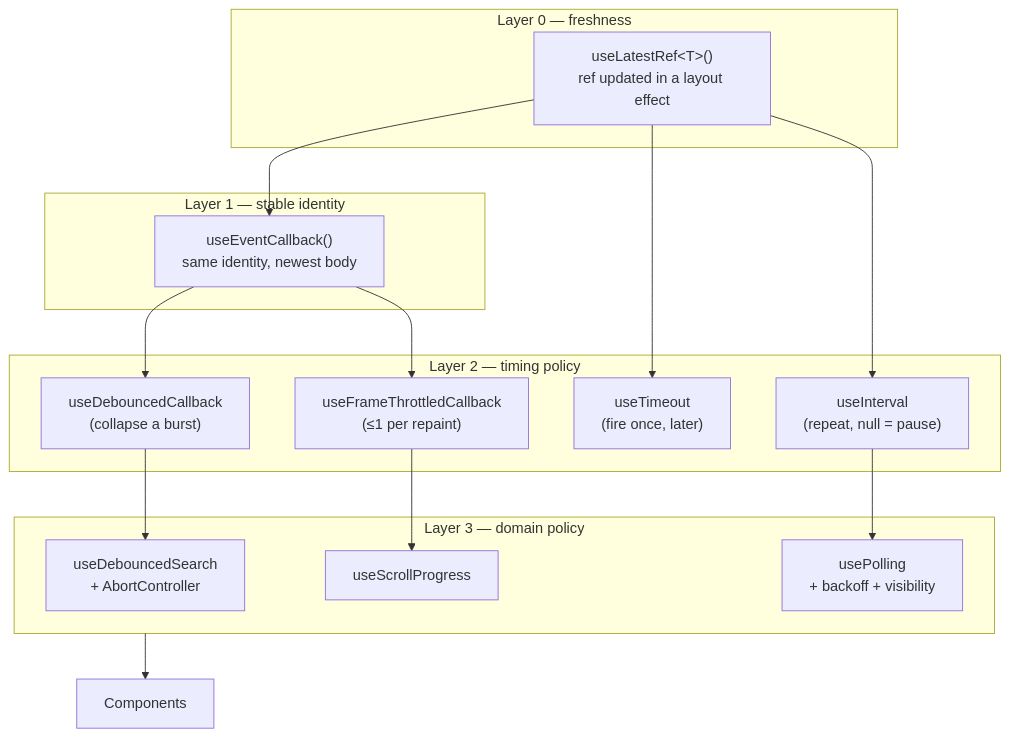
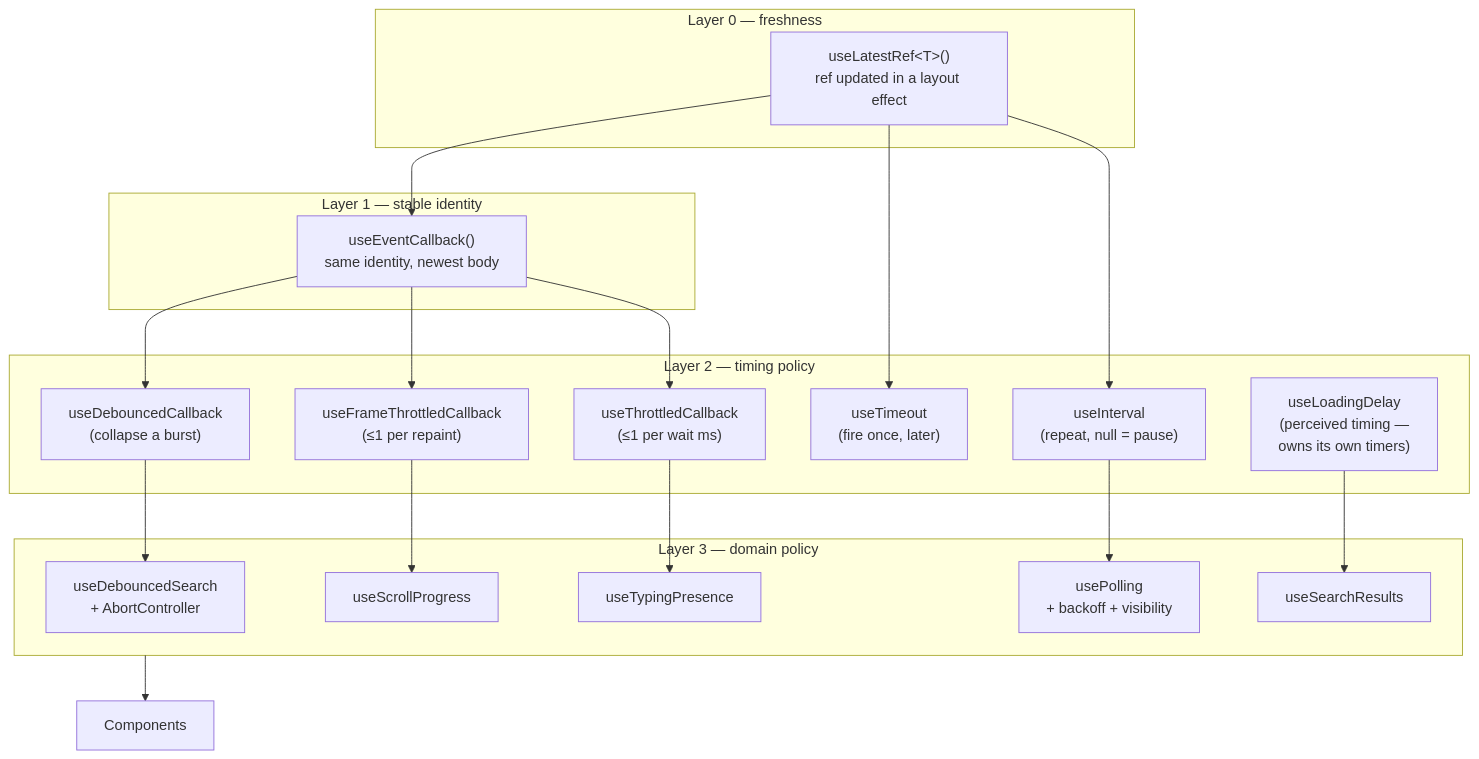
Before and after one commit to jgteske/best-practices-repo: the first of 2 diagrams in docs/react/advanced-hook-chaining.md, drawn with Mermaid. The commit also changed other lines of this file and 16 other files, not shown here.

````diff
--- a/docs/react/advanced-hook-chaining.md
+++ b/docs/react/advanced-hook-chaining.md
@@ -60,29 +60,36 @@
 ```mermaid
 flowchart TD
   subgraph L0["Layer 0 — freshness"]
     LR["useLatestRef&lt;T&gt;()<br/>ref updated in a layout effect"]
   end
   subgraph L1["Layer 1 — stable identity"]
     EC["useEventCallback()<br/>same identity, newest body"]
   end
   subgraph L2["Layer 2 — timing policy"]
     T["useTimeout<br/>(fire once, later)"]
     D["useDebouncedCallback<br/>(collapse a burst)"]
     I["useInterval<br/>(repeat, null = pause)"]
     F["useFrameThrottledCallback<br/>(≤1 per repaint)"]
+    TH["useThrottledCallback<br/>(≤1 per wait ms)"]
+    LD["useLoadingDelay<br/>(perceived timing —<br/>owns its own timers)"]
   end
   subgraph L3["Layer 3 — domain policy"]
     DS["useDebouncedSearch<br/>+ AbortController"]
     P["usePolling<br/>+ backoff + visibility"]
     S["useScrollProgress"]
+    TP["useTypingPresence"]
+    SR["useSearchResults"]
   end
   LR --> EC
   LR --> T
   LR --> I
   EC --> D
   EC --> F
+  EC --> TH
   D --> DS
   I --> P
   F --> S
+  TH --> TP
+  LD --> SR
   L3 --> C["Components"]
 ```
````
